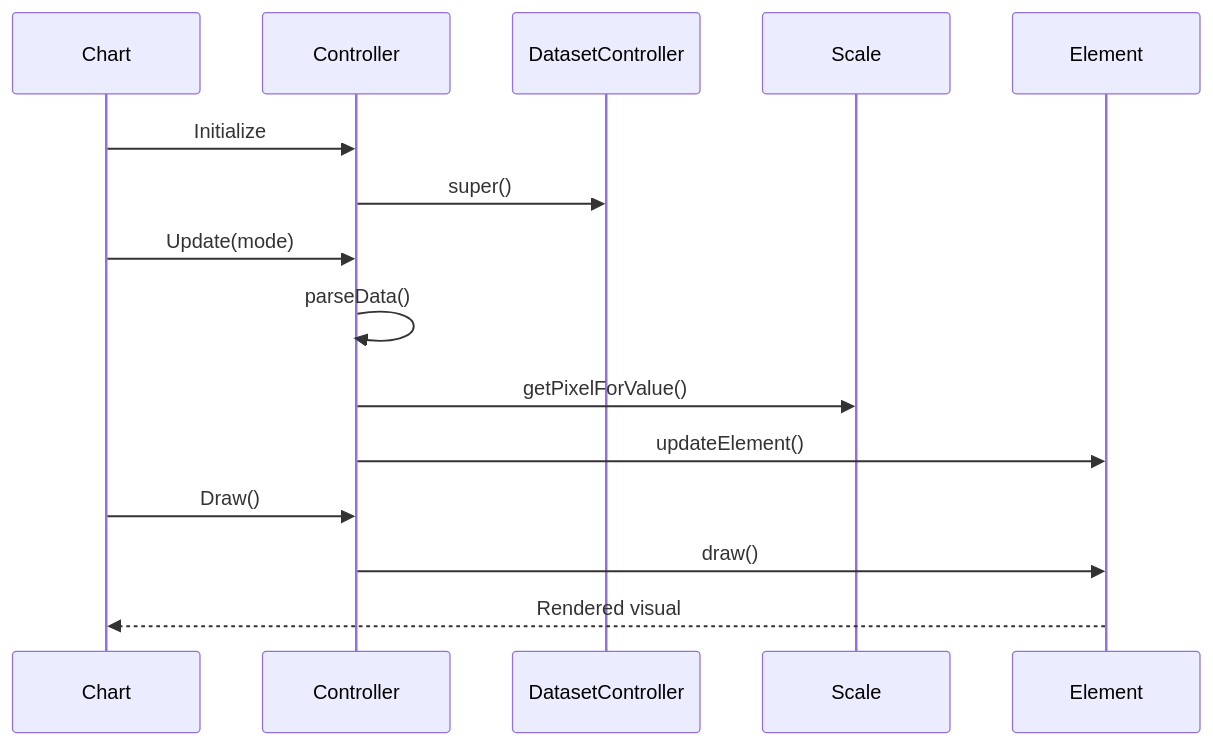
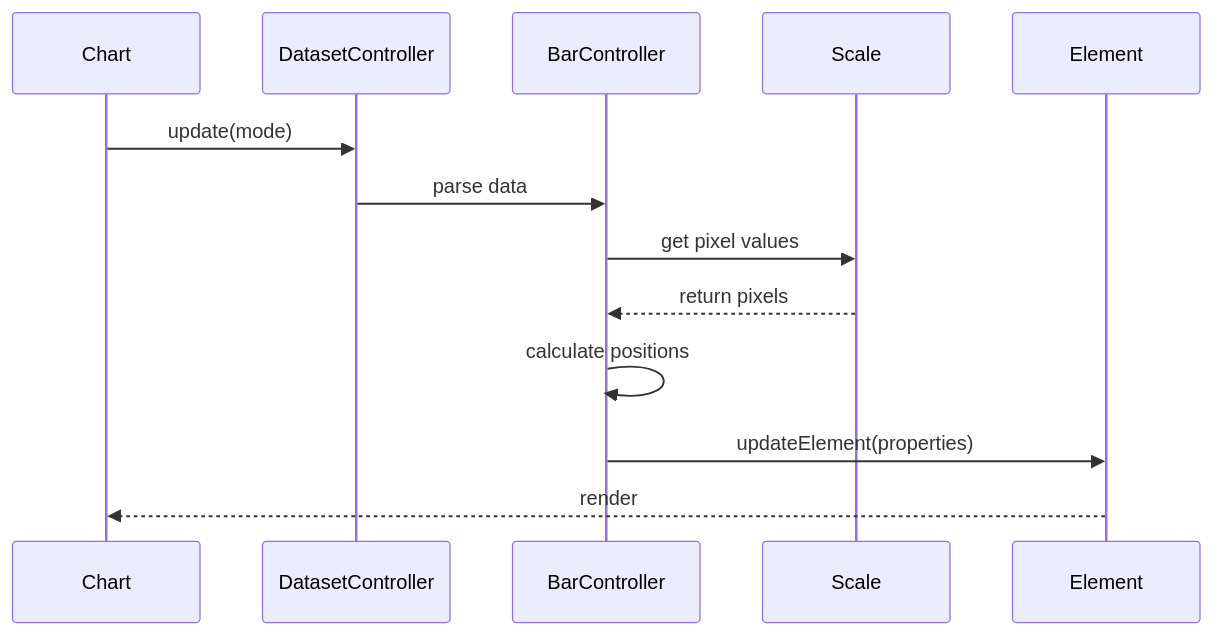
One commit to FSoft-AI4Code/codewiki-demo changed the third of 3 diagrams in docs/chartjs--Chart.js-docs/controllers.md. Above: the diagram before and after it, drawn with Mermaid. The commit also changed other lines of this file and 1103 other files, not shown here.

````diff
--- a/docs/chartjs--Chart.js-docs/controllers.md
+++ b/docs/chartjs--Chart.js-docs/controllers.md
@@ -134,20 +229,16 @@
 ```mermaid
 sequenceDiagram
     participant Chart
-    participant Controller
     participant DatasetController
+    participant BarController
     participant Scale
     participant Element
     
-    Chart->>Controller: Initialize
-    Controller->>DatasetController: super()
-    
-    Chart->>Controller: Update(mode)
-    Controller->>Controller: parseData()
-    Controller->>Scale: getPixelForValue()
-    Controller->>Element: updateElement()
-    
-    Chart->>Controller: Draw()
-    Controller->>Element: draw()
-    Element-->>Chart: Rendered visual
+    Chart->>DatasetController: update(mode)
+    DatasetController->>BarController: parse data
+    BarController->>Scale: get pixel values
+    Scale-->>BarController: return pixels
+    BarController->>BarController: calculate positions
+    BarController->>Element: updateElement(properties)
+    Element-->>Chart: render
 ```
````
